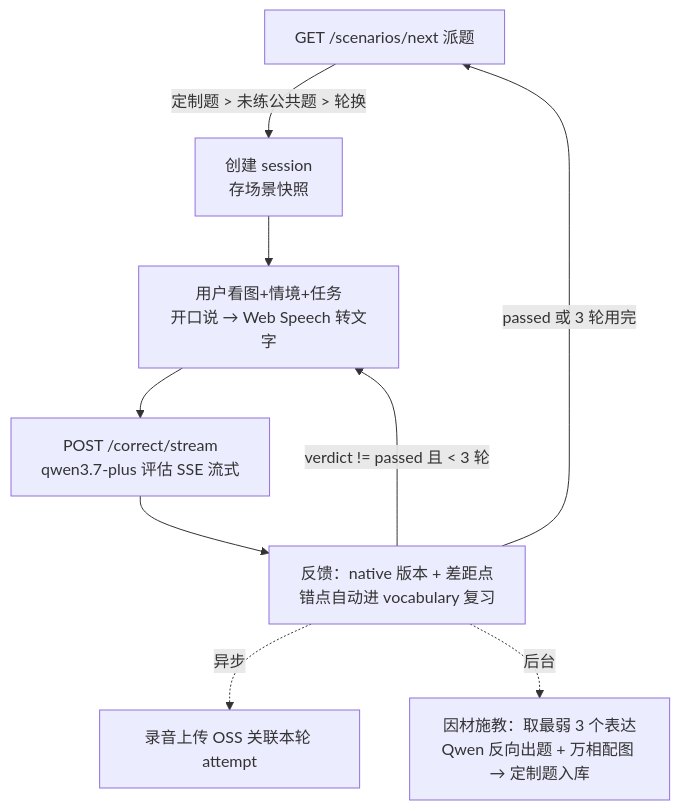
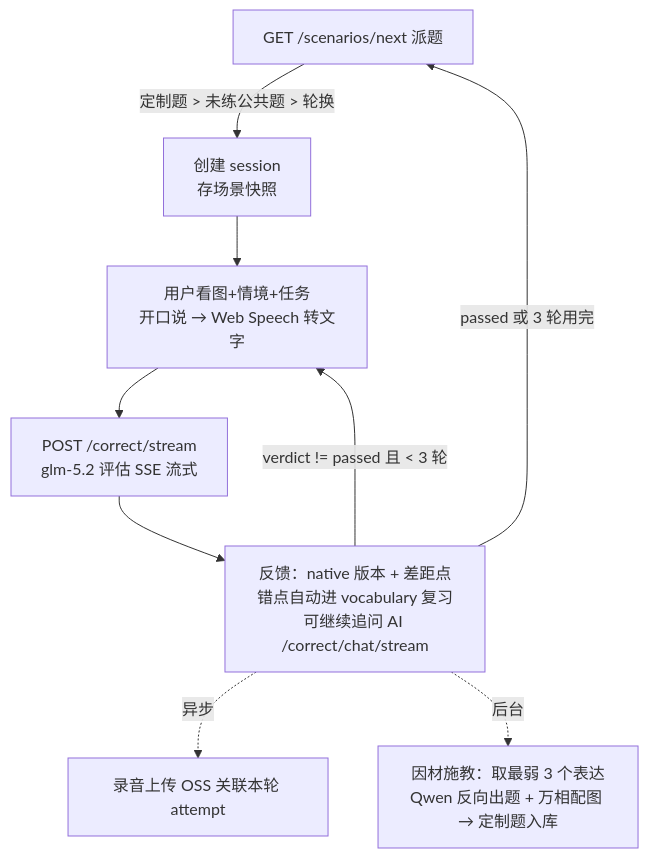
Before and after one commit to makewheels/speakup: the diagram in docs/design/scenario-mode.md, drawn with Mermaid. The commit also changed other lines of this file and 10 other files, not shown here.

````diff
--- a/docs/design/scenario-mode.md
+++ b/docs/design/scenario-mode.md
@@ -7,11 +7,11 @@
 ```mermaid
 flowchart TD
     A[GET /scenarios/next 派题] -->|定制题 > 未练公共题 > 轮换| B[创建 session<br/>存场景快照]
     B --> C[用户看图+情境+任务<br/>开口说 → Web Speech 转文字]
-    C --> D[POST /correct/stream<br/>qwen3.7-plus 评估 SSE 流式]
-    D --> E[反馈：native 版本 + 差距点<br/>错点自动进 vocabulary 复习]
+    C --> D[POST /correct/stream<br/>glm-5.2 评估 SSE 流式]
+    D --> E[反馈：native 版本 + 差距点<br/>错点自动进 vocabulary 复习<br/>可继续追问 AI /correct/chat/stream]
     E -->|verdict != passed 且 < 3 轮| C
     E -->|passed 或 3 轮用完| A
     E -.异步.-> F[录音上传 OSS 关联本轮 attempt]
     E -.后台.-> G[因材施教：取最弱 3 个表达<br/>Qwen 反向出题 + 万相配图 → 定制题入库]
 ```
````
